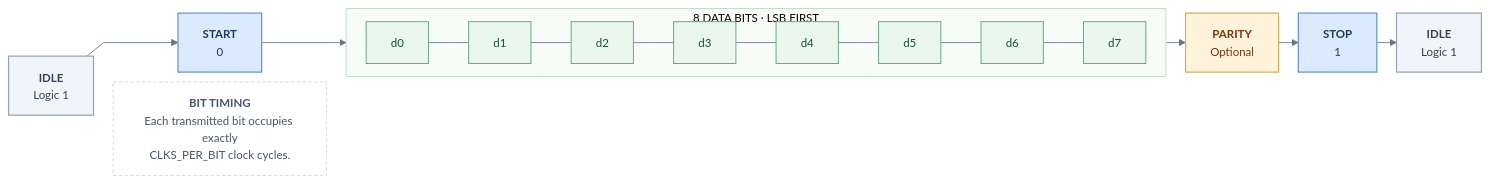
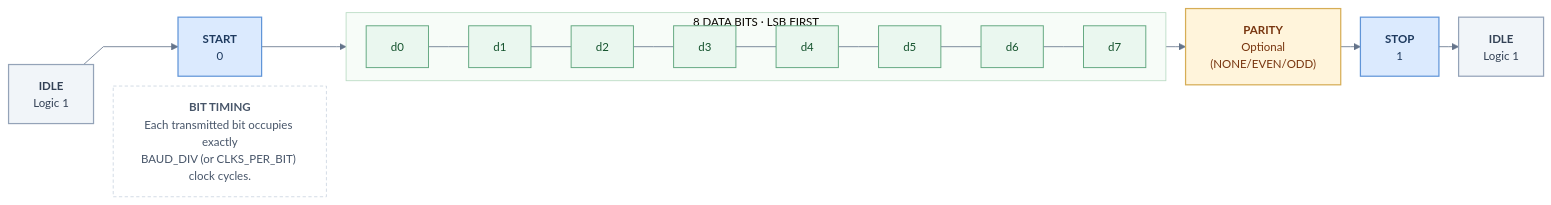
Before and after one commit to TharinduHimantha/8-bit-UART-Communication-System-in-Verilog-HDL: the second of 5 diagrams in README.md, drawn with Mermaid. The commit also changed other lines of this file and 54 other files, not shown here.

````diff
--- a/README.md
+++ b/README.md
@@ -138,67 +161,66 @@
 ```mermaid
-
 %%{init: {
   "theme": "base",
   "themeVariables": {
     "background": "#FFFFFF",
     "primaryTextColor": "#1E293B",
     "lineColor": "#64748B",
     "fontFamily": "Arial, Helvetica, sans-serif",
     "fontSize": "14px"
   },
   "flowchart": {
     "curve": "linear",
     "nodeSpacing": 12,
     "rankSpacing": 24,
     "htmlLabels": true
   }
 }}%%
 
 flowchart LR
     IDLE["<b>IDLE</b><br/>Logic 1"]
     START["<b>START</b><br/>0"]
 
     subgraph DATA["8 DATA BITS · LSB FIRST"]
         direction LR
         D0["d0"]
         D1["d1"]
         D2["d2"]
         D3["d3"]
         D4["d4"]
         D5["d5"]
         D6["d6"]
         D7["d7"]
 
         D0 --- D1 --- D2 --- D3 --- D4 --- D5 --- D6 --- D7
     end
 
-    PAR["<b>PARITY</b><br/>Optional"]
+    PAR["<b>PARITY</b><br/>Optional<br/>(NONE/EVEN/ODD)"]
     STOP["<b>STOP</b><br/>1"]
     IDLE2["<b>IDLE</b><br/>Logic 1"]
 
     IDLE --> START
     START --> D0
     D7 --> PAR
     PAR --> STOP
     STOP --> IDLE2
 
-    NOTE["<b>BIT TIMING</b><br/>Each transmitted bit occupies exactly<br/>CLKS_PER_BIT clock cycles."]
+    NOTE["<b>BIT TIMING</b><br/>Each transmitted bit occupies exactly<br/>BAUD_DIV (or CLKS_PER_BIT) clock cycles."]
 
     IDLE ~~~ NOTE
 
     classDef idle fill:#F1F5F9,stroke:#94A3B8,color:#334155,stroke-width:1.5px
     classDef start fill:#DBEAFE,stroke:#6095D8,color:#1E3A5F,stroke-width:1.5px
     classDef data fill:#EAF7EF,stroke:#65A982,color:#14532D,stroke-width:1.2px
     classDef parity fill:#FFF4DB,stroke:#D6AD55,color:#78350F,stroke-width:1.5px
     classDef stop fill:#DBEAFE,stroke:#6095D8,color:#1E3A5F,stroke-width:1.5px
     classDef note fill:#FFFFFF,stroke:#CBD5E1,color:#475569,stroke-dasharray:4 3
 
     class IDLE,IDLE2 idle
     class START start
     class D0,D1,D2,D3,D4,D5,D6,D7 data
     class PAR parity
     class STOP stop
     class NOTE note
 
     style DATA fill:#F7FCF8,stroke:#B7D9C1,stroke-width:1px
 ```
````
